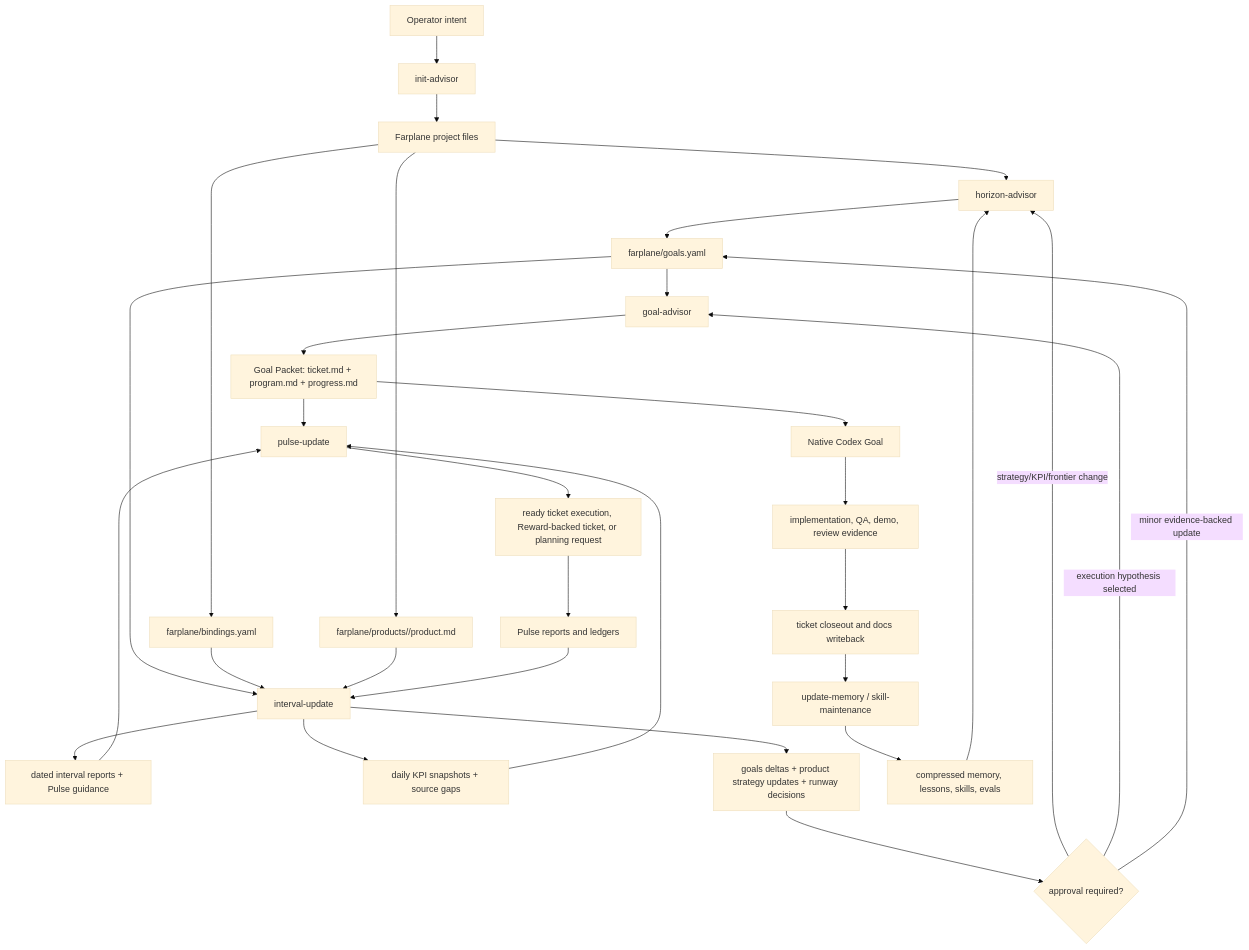
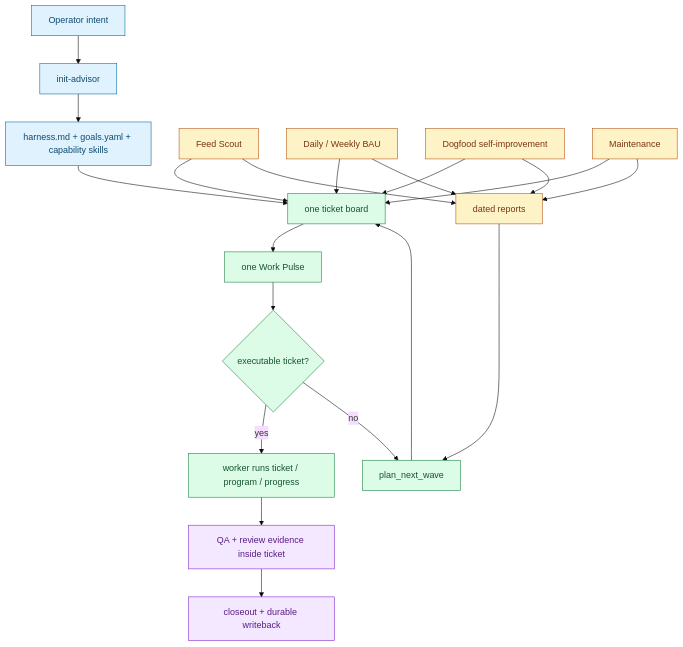
Before and after one commit to ZanarkandTechnologies/Farplane: the diagram in docs/farplane-framework/lifecycle.md, drawn with Mermaid (base theme). The commit also changed other lines of this file and 84 other files, not shown here.

Commit message:
refactor(automation): split pulse reporting and improvement lanes

````diff
--- a/docs/farplane-framework/lifecycle.md
+++ b/docs/farplane-framework/lifecycle.md
@@ -99,33 +66,28 @@
 ```mermaid
 flowchart TD
-  A["Operator intent"] --> B["init-advisor"]
-  B --> C["Farplane project files"]
-  C --> D["horizon-advisor"]
-  D --> E["farplane/goals.yaml"]
-  C --> X["farplane/bindings.yaml"]
-  C --> Y["farplane/products/<product>/product.md"]
-  E --> F["goal-advisor"]
-  F --> G["Goal Packet: ticket.md + program.md + progress.md"]
-  G --> H["Native Codex Goal"]
-  H --> I["implementation, QA, demo, review evidence"]
-  I --> J["ticket closeout and docs writeback"]
-  E --> K["interval-update"]
-  X --> K
-  Y --> K
-  K --> L["dated interval reports + Pulse guidance"]
-  K --> U["daily KPI snapshots + source gaps"]
-  K --> R["goals deltas + product strategy updates + runway decisions"]
-  R --> S{"approval required?"}
-  S -->|strategy/KPI/frontier change| D
-  S -->|execution hypothesis selected| F
-  S -->|minor evidence-backed update| E
-  G --> M["pulse-update"]
-  L --> M
-  U --> M
-  M --> N["ready ticket execution, Reward-backed ticket, or planning request"]
-  N --> O["Pulse reports and ledgers"]
-  O --> K
-  J --> P["update-memory / skill-maintenance"]
-  P --> Q["compressed memory, lessons, skills, evals"]
-  Q --> D
+  classDef program fill:#e0f2fe,stroke:#0369a1,color:#0c4a6e
+  classDef work fill:#dcfce7,stroke:#15803d,color:#14532d
+  classDef source fill:#fef3c7,stroke:#b45309,color:#78350f
+  classDef proof fill:#f3e8ff,stroke:#7e22ce,color:#581c87
+
+  A["Operator intent"]:::program --> B["init-advisor"]:::program
+  B --> C["harness.md + goals.yaml + capability skills"]:::program
+  C --> D["one ticket board"]:::work
+  D --> E["one Work Pulse"]:::work
+  E --> F{"executable ticket?"}:::work
+  F -->|yes| G["worker runs ticket / program / progress"]:::work
+  F -->|no| H["plan_next_wave"]:::work
+  H --> D
+  G --> I["QA + review evidence inside ticket"]:::proof
+  I --> J["closeout + durable writeback"]:::proof
+
+  K["Feed Scout"]:::source --> D
+  L["Daily / Weekly BAU"]:::source --> D
+  M["Dogfood self-improvement"]:::source --> D
+  N["Maintenance"]:::source --> D
+  K --> O["dated reports"]:::source
+  L --> O
+  M --> O
+  N --> O
+  O --> H
 ```
````
